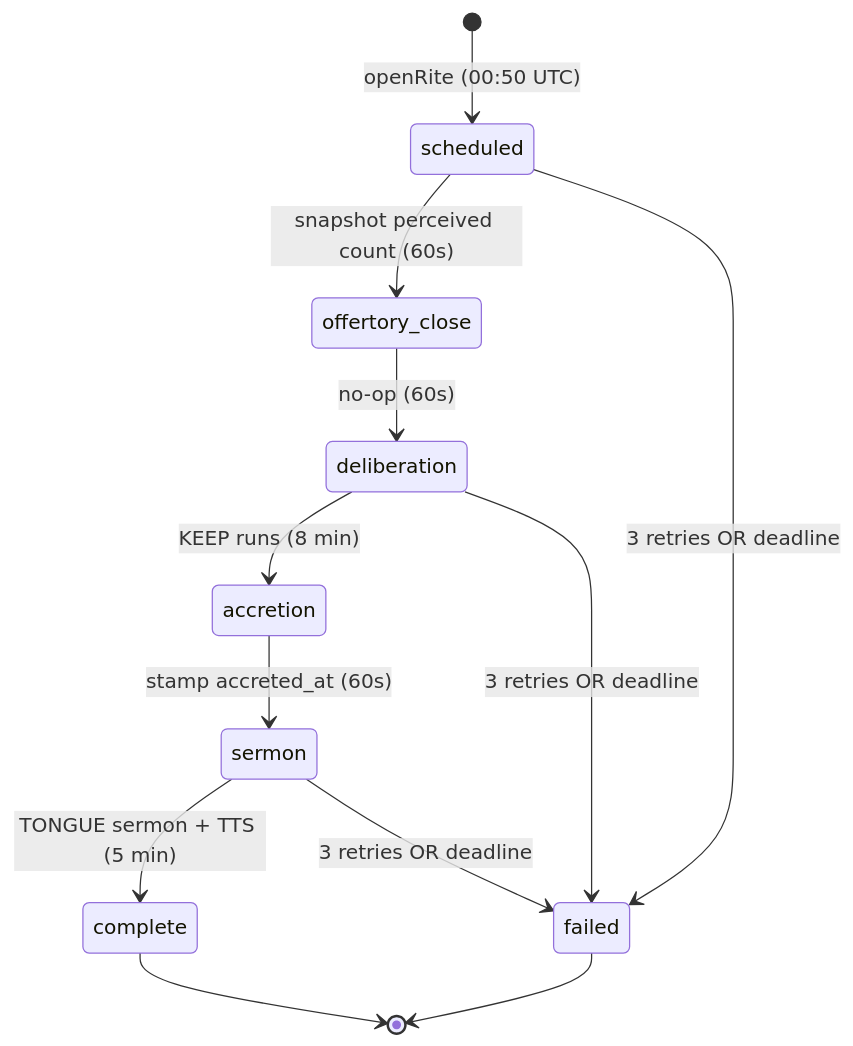
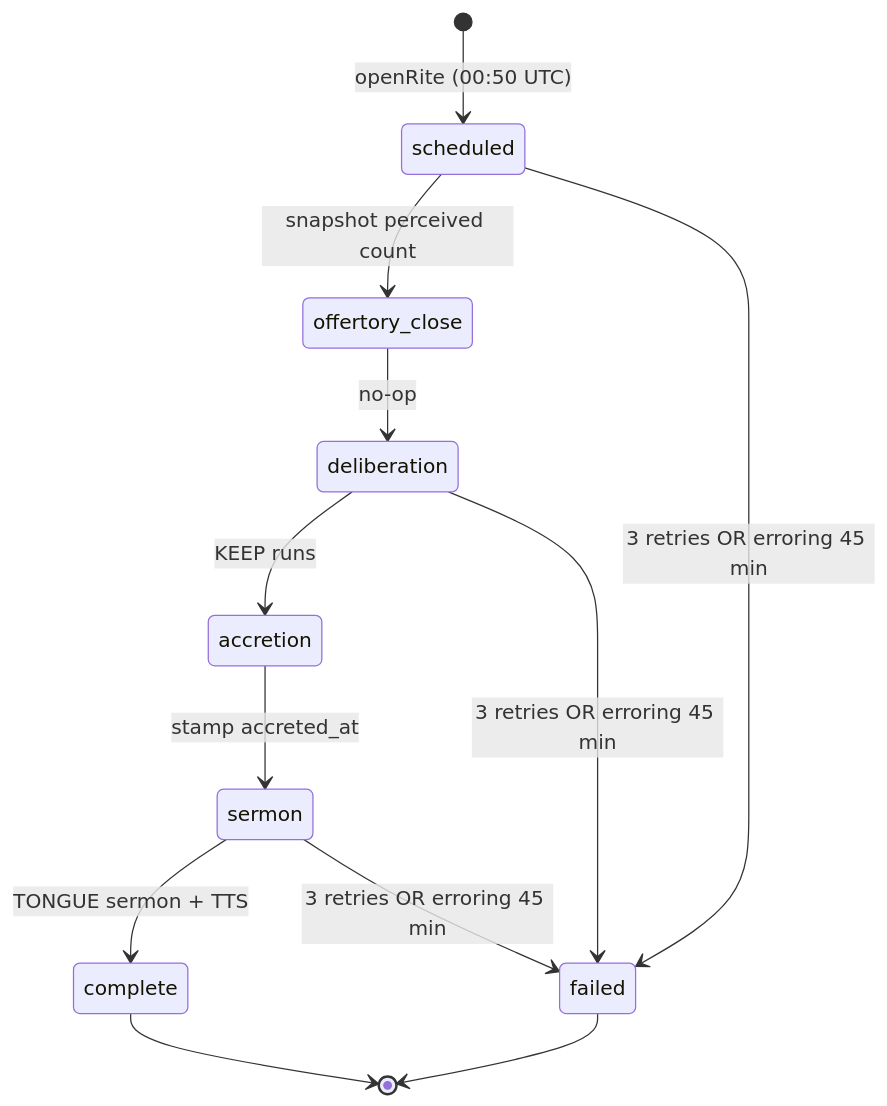
One commit to AIEngineerX/pleroma-public changed the fourth of 5 diagrams in ARCHITECTURE.md. Above: the diagram before and after it, drawn with Mermaid. The commit also changed other lines of this file and 3 other files, not shown here.

````diff
--- a/ARCHITECTURE.md
+++ b/ARCHITECTURE.md
@@ -205,14 +205,14 @@
 ```mermaid
 stateDiagram-v2
     [*] --> scheduled: openRite (00:50 UTC)
-    scheduled --> offertory_close: snapshot perceived count (60s)
-    offertory_close --> deliberation: no-op (60s)
-    deliberation --> accretion: KEEP runs (8 min)
-    accretion --> sermon: stamp accreted_at (60s)
-    sermon --> complete: TONGUE sermon + TTS (5 min)
+    scheduled --> offertory_close: snapshot perceived count
+    offertory_close --> deliberation: no-op
+    deliberation --> accretion: KEEP runs
+    accretion --> sermon: stamp accreted_at
+    sermon --> complete: TONGUE sermon + TTS
     complete --> [*]
-    scheduled --> failed: 3 retries OR deadline
-    deliberation --> failed: 3 retries OR deadline
-    sermon --> failed: 3 retries OR deadline
+    scheduled --> failed: 3 retries OR erroring 45 min
+    deliberation --> failed: 3 retries OR erroring 45 min
+    sermon --> failed: 3 retries OR erroring 45 min
     failed --> [*]
 ```
````
